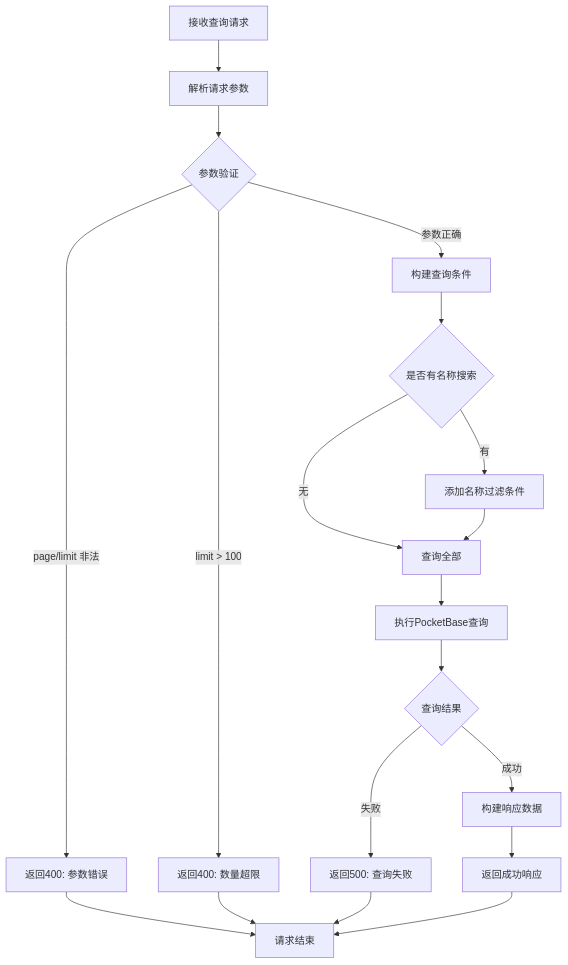
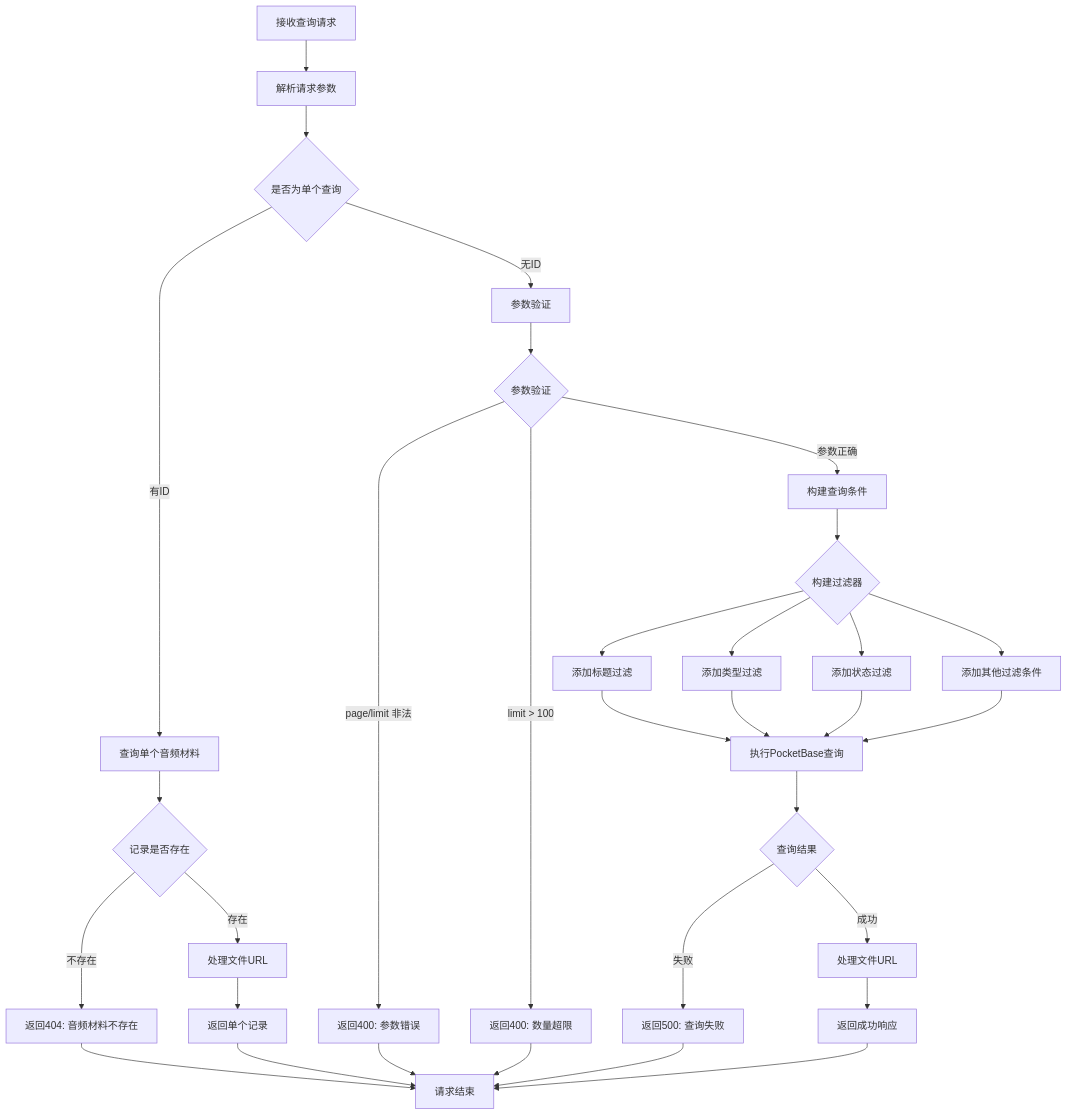
Before and after one commit to imatrixme/ikanyue: the diagram in ikanyue.mapi.hono/src/routes/audioMaterial/find.js.md, drawn with Mermaid. The commit also changed other lines of this file and 8 other files, not shown here.

````diff
--- a/ikanyue.mapi.hono/src/routes/audioMaterial/find.js.md
+++ b/ikanyue.mapi.hono/src/routes/audioMaterial/find.js.md
@@ -9,21 +9,34 @@
 ```mermaid
 flowchart TD
     A[接收查询请求] --> B[解析请求参数]
-    B --> C{参数验证}
-    C -->|page/limit 非法| D[返回400: 参数错误]
-    C -->|limit > 100| E[返回400: 数量超限]
-    C -->|参数正确| F[构建查询条件]
-    F --> G{是否有名称搜索}
-    G -->|有| H[添加名称过滤条件]
-    G -->|无| I[查询全部]
-    H --> I
-    I --> J[执行PocketBase查询]
-    J --> K{查询结果}
-    K -->|成功| L[构建响应数据]
-    K -->|失败| M[返回500: 查询失败]
-    L --> N[返回成功响应]
-    D --> O[请求结束]
-    E --> O
-    M --> O
-    N --> O
+    B --> C{是否为单个查询}
+    C -->|有ID| D[查询单个音频材料]
+    C -->|无ID| E[参数验证]
+    D --> F{记录是否存在}
+    F -->|不存在| G[返回404: 音频材料不存在]
+    F -->|存在| H[处理文件URL]
+    H --> I[返回单个记录]
+    E --> J{参数验证}
+    J -->|page/limit 非法| K[返回400: 参数错误]
+    J -->|limit > 100| L[返回400: 数量超限]
+    J -->|参数正确| M[构建查询条件]
+    M --> N{构建过滤器}
+    N --> O[添加标题过滤]
+    N --> P[添加类型过滤]
+    N --> Q[添加状态过滤]
+    N --> R[添加其他过滤条件]
+    O --> S[执行PocketBase查询]
+    P --> S
+    Q --> S
+    R --> S
+    S --> T{查询结果}
+    T -->|成功| U[处理文件URL]
+    T -->|失败| V[返回500: 查询失败]
+    U --> W[返回成功响应]
+    G --> X[请求结束]
+    I --> X
+    K --> X
+    L --> X
+    V --> X
+    W --> X
 ```
````
